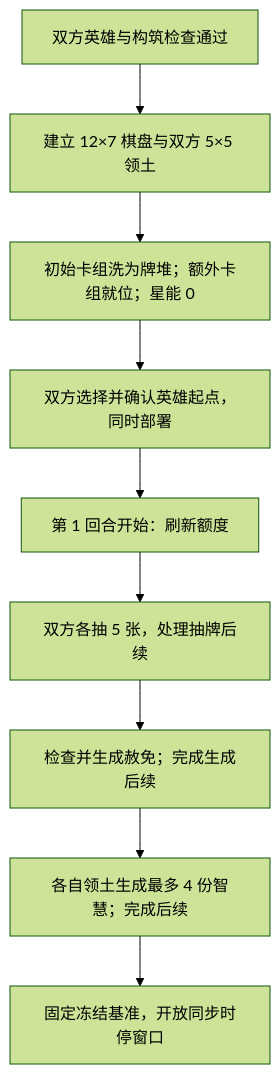
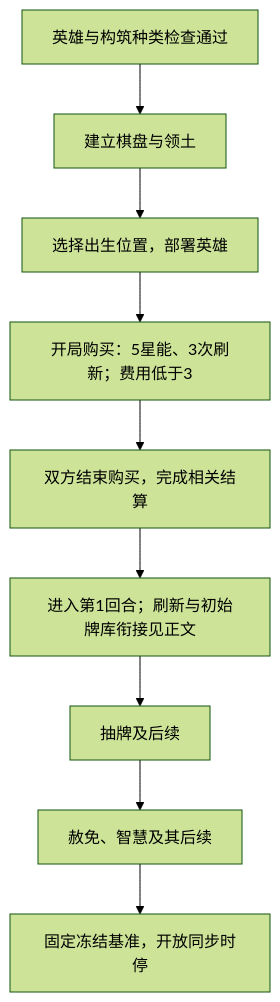
The diagram in docs/rules/standard/setup.md (Time-Block-Hero/tbh-website), drawn with Mermaid (forest theme) before and after one commit. The commit also changed other lines of this file and 27 other files, not shown here.

````diff
--- a/docs/rules/standard/setup.md
+++ b/docs/rules/standard/setup.md
@@ -96,11 +84,11 @@
 ```mermaid
 flowchart TD
-  check["双方英雄与构筑检查通过"] --> map["建立 12×7 棋盘与双方 5×5 领土"]
-  map --> decks["初始卡组洗为牌堆；额外卡组就位；星能 0"]
-  decks --> deploy["双方选择并确认英雄起点，同时部署"]
-  deploy --> round["第 1 回合开始：刷新额度"]
-  round --> draw["双方各抽 5 张，处理抽牌后续"]
-  draw --> relief["检查并生成赦免；完成生成后续"]
-  relief --> resource["各自领土生成最多 4 份智慧；完成后续"]
-  resource --> stop["固定冻结基准，开放同步时停窗口"]
+  check["英雄与构筑种类检查通过"] --> map["建立棋盘与领土"]
+  map --> deploy["选择出生位置，部署英雄"]
+  deploy --> shop["开局购买：5星能、3次刷新；费用低于3"]
+  shop --> done["双方结束购买，完成相关结算"]
+  done --> round["进入第1回合；刷新与初始牌库衔接见正文"]
+  round --> draw["抽牌及后续"]
+  draw --> resource["赦免、智慧及其后续"]
+  resource --> stop["固定冻结基准，开放同步时停"]
 ```
````
